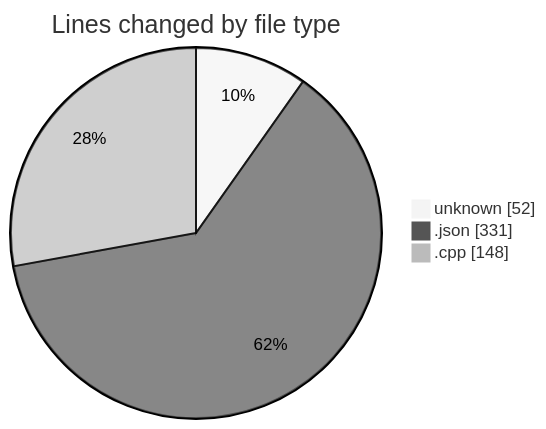
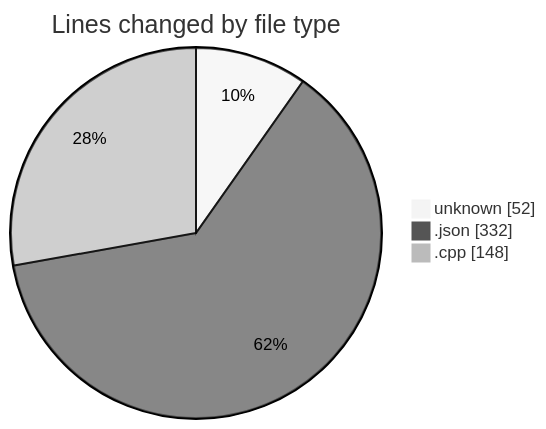
The first of 2 diagrams in 2025-03-26/echo/README.md (Netris89/code-tracking), drawn with Mermaid (neutral theme) before and after one commit. The commit also changed other lines of this file and 1 other file, not shown here.

````diff
--- a/2025-03-26/echo/README.md
+++ b/2025-03-26/echo/README.md
@@ -24,7 +24,7 @@
 ```mermaid
 pie showData
 title Lines changed by file type
 "unknown" : 52
-".json" : 331
+".json" : 332
 ".cpp" : 148
 ```
````
